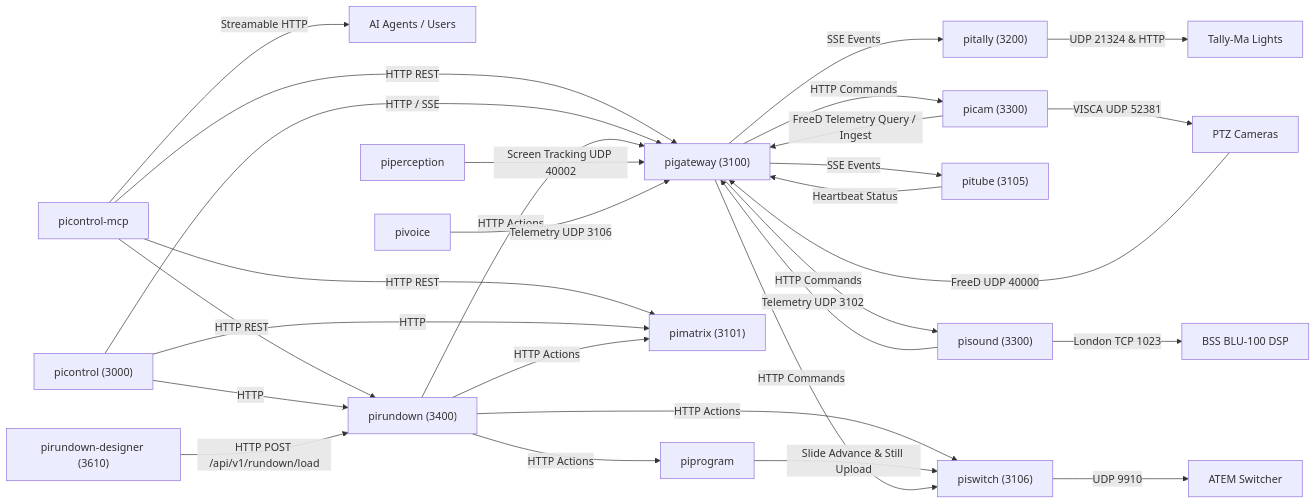
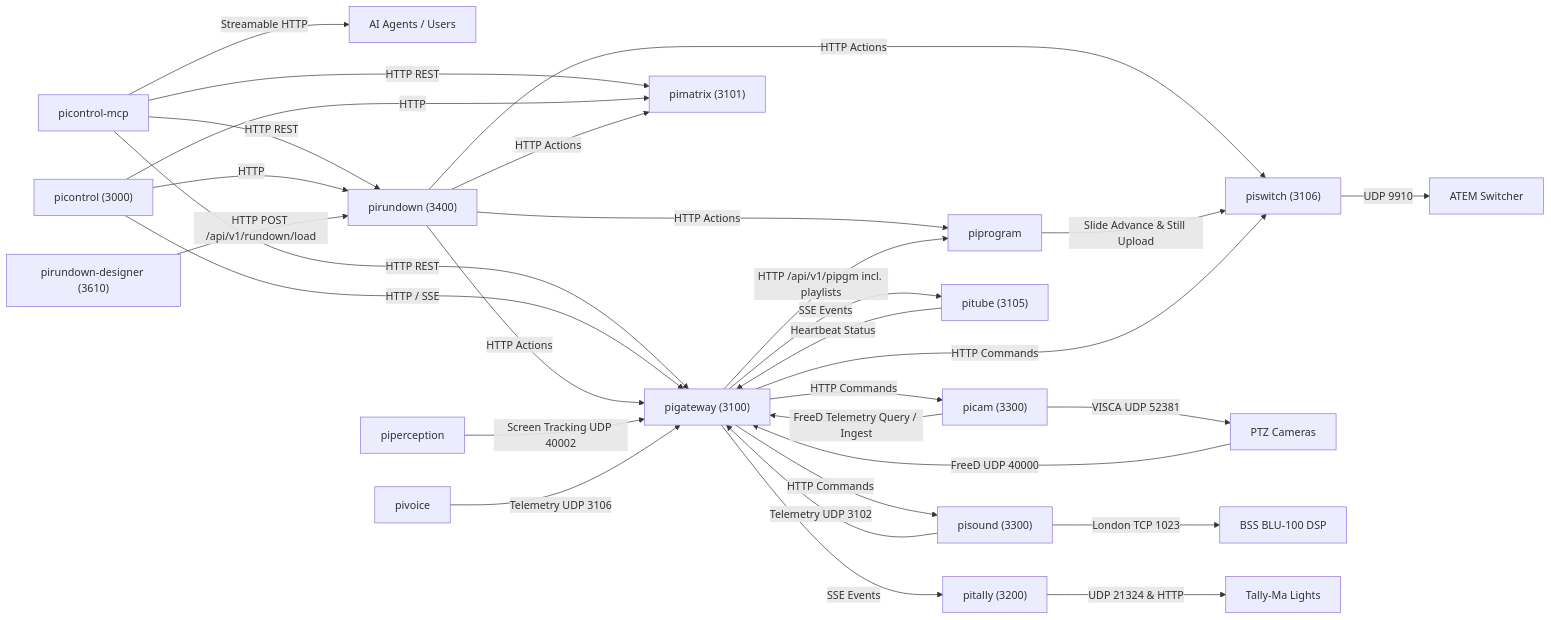
One commit to jsilvanus/piecosystem changed the diagram in docs/inter-service-matrix.md. Above: the diagram before and after it, drawn with Mermaid. The commit also changed 1 other file, not shown here.

Commit message:
Document piprogram playlist routes in the matrix and catalog
Claude-Session: https://claude.ai/code/session_01Ex1nvonpP5ymDdrUj7tp7T

````diff
--- a/docs/inter-service-matrix.md
+++ b/docs/inter-service-matrix.md
@@ -59,39 +59,40 @@
 ```mermaid
 graph LR
     MCP["picontrol-mcp"] -->|Streamable HTTP| OPERATOR["AI Agents / Users"]
     MCP -->|HTTP REST| PIGATEWAY["pigateway (3100)"]
     MCP -->|HTTP REST| PIRUNDOWN["pirundown (3400)"]
     MCP -->|HTTP REST| PIMATRIX["pimatrix (3101)"]
 
     PICONTROL["picontrol (3000)"] -->|HTTP / SSE| PIGATEWAY
     PICONTROL -->|HTTP| PIRUNDOWN
     PICONTROL -->|HTTP| PIMATRIX
 
     DESIGNER["pirundown-designer (3610)"] -->|HTTP POST /api/v1/rundown/load| PIRUNDOWN
 
     PIRUNDOWN -->|HTTP Actions| PIGATEWAY
     PIRUNDOWN -->|HTTP Actions| PIMATRIX
     PIRUNDOWN -->|HTTP Actions| PISWITCH["piswitch (3106)"]
     PIRUNDOWN -->|HTTP Actions| PIPROGRAM["piprogram"]
 
     PIPROGRAM -->|Slide Advance & Still Upload| PISWITCH
 
     PIGATEWAY -->|SSE Events| PITALLY["pitally (3200)"]
     PIGATEWAY -->|SSE Events| PITUBE["pitube (3105)"]
     PIGATEWAY -->|HTTP Commands| PICAM["picam (3300)"]
     PIGATEWAY -->|HTTP Commands| PISOUND["pisound (3300)"]
     PIGATEWAY -->|HTTP Commands| PISWITCH
+    PIGATEWAY -->|HTTP /api/v1/pipgm incl. playlists| PIPROGRAM
 
     PICAM -->|FreeD Telemetry Query / Ingest| PIGATEWAY
     CAMS["PTZ Cameras"] -->|FreeD UDP 40000| PIGATEWAY
 
     PITUBE -->|Heartbeat Status| PIGATEWAY
     PERCEPTION["piperception"] -->|Screen Tracking UDP 40002| PIGATEWAY
     PIVOICE["pivoice"] -->|Telemetry UDP 3106| PIGATEWAY
     PISOUND -->|Telemetry UDP 3102| PIGATEWAY
 
     PICAM -->|VISCA UDP 52381| CAMS["PTZ Cameras"]
     PISOUND -->|London TCP 1023| BSS["BSS BLU-100 DSP"]
     PISWITCH -->|UDP 9910| ATEM["ATEM Switcher"]
     PITALLY -->|UDP 21324 & HTTP| TALLIES["Tally-Ma Lights"]
 ```
````
